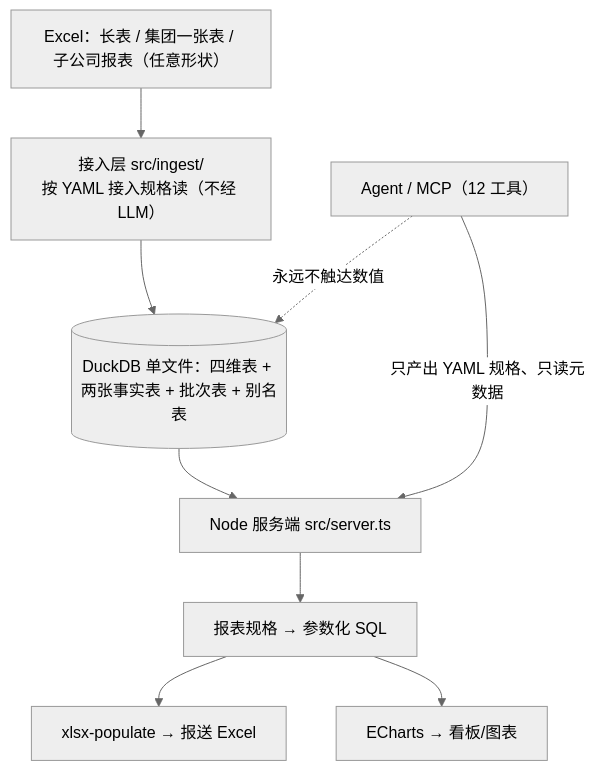
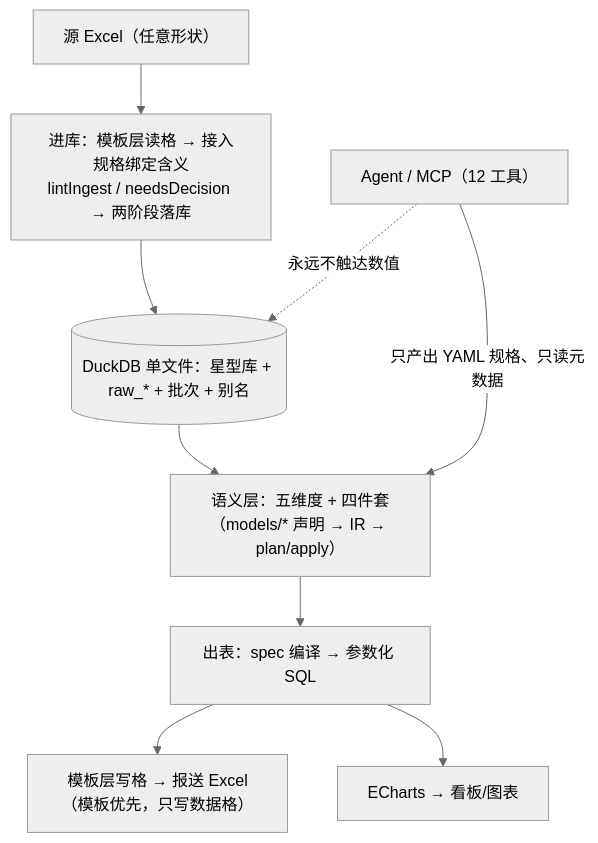
One commit to Iliyasfiel/bi-lite changed the diagram in docs/需求与架构.md. Above: the diagram before and after it, drawn with Mermaid (neutral theme). The commit also changed other lines of this file, not shown here.

````diff
--- a/docs/需求与架构.md
+++ b/docs/需求与架构.md
@@ -939,11 +555,11 @@
 ```mermaid
 flowchart TB
-  E["Excel：长表 / 集团一张表 / 子公司报表（任意形状）"] --> ING["接入层 src/ingest/<br/>按 YAML 接入规格读（不经 LLM）"]
-  ING --> DB[("DuckDB 单文件：四维表 + 两张事实表 + 批次表 + 别名表")]
-  DB --> SERVER[Node 服务端 src/server.ts]
-  SERVER --> SPEC[报表规格 → 参数化 SQL]
-  SPEC --> XLS[xlsx-populate → 报送 Excel]
+  E["源 Excel（任意形状）"] --> ING["进库：模板层读格 → 接入规格绑定含义<br/>lintIngest / needsDecision → 两阶段落库"]
+  ING --> DB[("DuckDB 单文件：星型库 + raw_* + 批次 + 别名")]
+  DB --> SEM["语义层：五维度 + 四件套（models/* 声明 → IR → plan/apply）"]
+  SEM --> SPEC["出表：spec 编译 → 参数化 SQL"]
+  SPEC --> XLS["模板层写格 → 报送 Excel（模板优先，只写数据格）"]
   SPEC --> CH[ECharts → 看板/图表]
-  MCP["Agent / MCP（12 工具）"] -- 只产出 YAML 规格、只读元数据 --> SERVER
+  MCP["Agent / MCP（12 工具）"] -- 只产出 YAML 规格、只读元数据 --> SEM
   MCP -. 永远不触达数值 .-> DB
 ```
````
